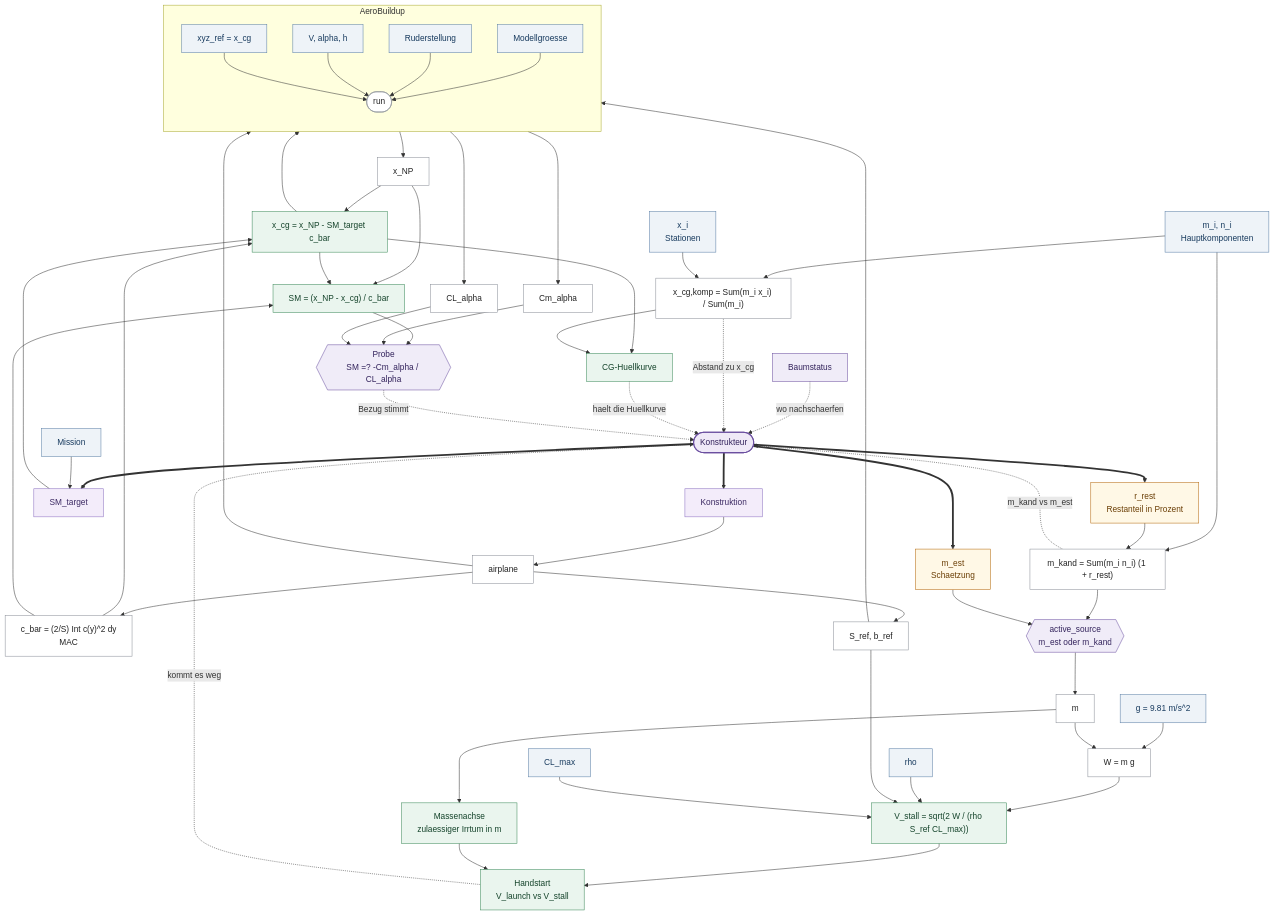
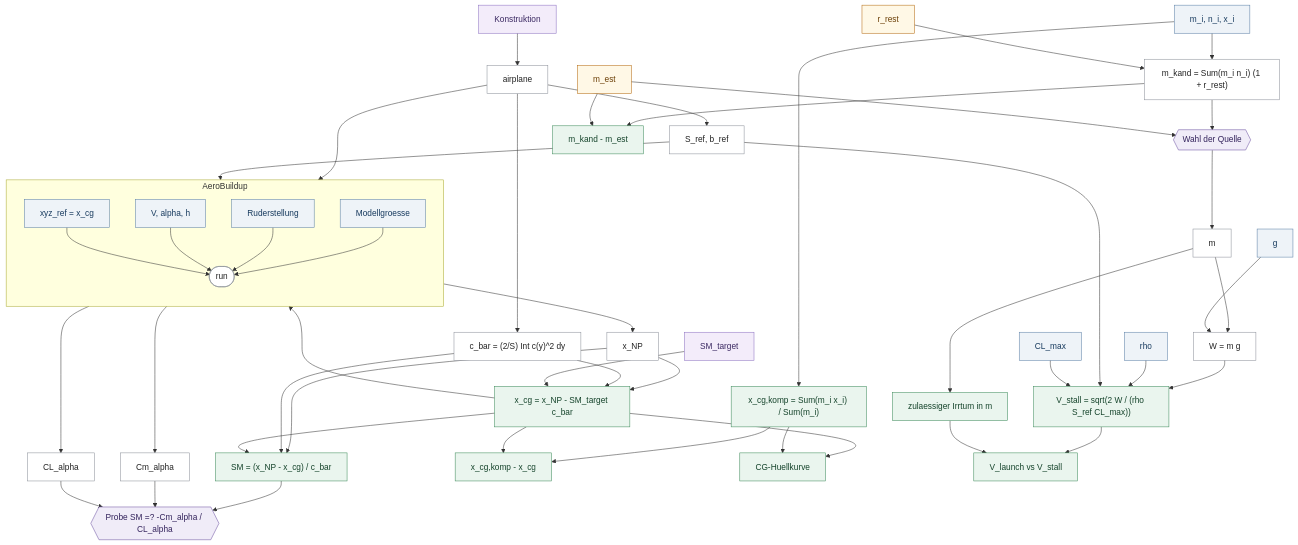
One commit to szymansk/da3Dalus changed the second of 2 diagrams in _reversa_sdd/calculations/canon/PFAD3.md. Above: the diagram before and after it, drawn with Mermaid. The commit also changed other lines of this file and 1 other file, not shown here.

Commit message:
docs(spec): the graph shows computation paths, not decision procedures
The maintainer's boundary, and it simplifies the drawing considerably. A
decision point belongs in the graph — which mass source is active decides
every number after it. How the decision is reached does not: the tree's
green/red status is a different level and would make the graph
unreadable without answering the question it exists for.

What must stay are the values the decision rests on, and those are
computation results in their own right: m_kand - m_est, x_cg,komp - x_cg,
the envelope, launch speed against stall speed, the route check. Four
outputs, drawn as outputs. The path from there to the decision is
deliberately outside the picture.

Dropped with it: the designer node, the tree status and all six feedback
edges.

Claude-Session: https://claude.ai/code/session_01Mi6hrNvR7cmwACXYAoStnv

````diff
--- a/_reversa_sdd/calculations/canon/PFAD3.md
+++ b/_reversa_sdd/calculations/canon/PFAD3.md
@@ -424,6 +424,5 @@
 ```mermaid
 flowchart TD
-  classDef des fill:#efe9f7,stroke:#6b4fa0,stroke-width:2px,color:#33235c
   classDef choice fill:#f3ecfa,stroke:#8a6fc0,color:#3c2a63
   classDef est fill:#fff8e6,stroke:#b4690e,color:#6b3f06
   classDef drv fill:#ffffff,stroke:#8a8f98,color:#222
@@ -431,24 +430,22 @@
   classDef out fill:#eaf5ee,stroke:#3d8a5a,color:#14432a
   classDef chk fill:#f0ecf8,stroke:#6b4fa0,color:#33235c
 
-  DES(["Konstrukteur"]):::des
-  MISS["Mission"]:::inp
-
   KONSTR["Konstruktion"]:::choice
   GEO["airplane"]:::drv
-  MAC["c_bar = (2/S) Int c(y)^2 dy<br/>MAC"]:::drv
+  MAC["c_bar = (2/S) Int c(y)^2 dy"]:::drv
   SREF["S_ref, b_ref"]:::drv
 
   SMT["SM_target"]:::choice
-  ESTM["m_est<br/>Schaetzung"]:::est
-  REST["r_rest<br/>Restanteil in Prozent"]:::est
-  KOMP["m_i, n_i<br/>Hauptkomponenten"]:::inp
-  STAT["Baumstatus"]:::chk
+  CLMAX["CL_max"]:::inp
+  RHO["rho"]:::inp
+  GRAV["g"]:::inp
 
+  KOMP["m_i, n_i, x_i"]:::inp
+  REST["r_rest"]:::est
   MSUM["m_kand = Sum(m_i n_i) (1 + r_rest)"]:::drv
-  SWM{{"active_source<br/>m_est oder m_kand"}}:::chk
+  MEST["m_est"]:::est
+  SWM{{"Wahl der Quelle"}}:::chk
   MEFF["m"]:::drv
-  GRAV["g = 9.81 m/s^2"]:::inp
   W["W = m g"]:::drv
 
   subgraph SOLVER["AeroBuildup"]
@@ -463,30 +460,21 @@
     CTRL --> RUN
     FID --> RUN
   end
-
   XNP["x_NP"]:::drv
   CMA["Cm_alpha"]:::drv
   CLA["CL_alpha"]:::drv
 
   CGD["x_cg = x_NP - SM_target c_bar"]:::out
   SM["SM = (x_NP - x_cg) / c_bar"]:::out
-  RT{{"Probe<br/>SM =? -Cm_alpha / CL_alpha"}}:::chk
-
-  XI["x_i<br/>Stationen"]:::inp
-  CGK["x_cg,komp = Sum(m_i x_i) / Sum(m_i)"]:::drv
+  RT{{"Probe SM =? -Cm_alpha / CL_alpha"}}:::chk
+  CGK["x_cg,komp = Sum(m_i x_i) / Sum(m_i)"]:::out
+  DIVM["m_kand - m_est"]:::out
+  DIVC["x_cg,komp - x_cg"]:::out
 
   VS["V_stall = sqrt(2 W / (rho S_ref CL_max))"]:::out
-  CLMAX["CL_max"]:::inp
-  RHO["rho"]:::inp
   ENV["CG-Huellkurve"]:::out
-  MENV["Massenachse<br/>zulaessiger Irrtum in m"]:::out
-  HAND["Handstart<br/>V_launch vs V_stall"]:::out
-
-  DES ==> KONSTR
-  DES ==> ESTM
-  DES ==> REST
-  DES ==> SMT
-  MISS --> SMT
+  MENV["zulaessiger Irrtum in m"]:::out
+  HAND["V_launch vs V_stall"]:::out
 
   KONSTR --> GEO
   GEO --> MAC
@@ -497,10 +485,13 @@
   KOMP --> MSUM
   REST --> MSUM
   MSUM --> SWM
-  ESTM --> SWM
+  MEST --> SWM
   SWM --> MEFF
+  MEFF --> W
   GRAV --> W
-  MEFF --> W
+
+  MSUM --> DIVM
+  MEST --> DIVM
 
   RUN --> XNP
   RUN --> CMA
@@ -519,22 +510,17 @@
   CLA --> RT
 
   KOMP --> CGK
-  XI --> CGK
+  CGK --> DIVC
+  CGD --> DIVC
 
   W --> VS
   RHO --> VS
   SREF --> VS
   CLMAX --> VS
   VS --> HAND
-  MEFF --> MENV --> HAND
+  MEFF --> MENV
+  MENV --> HAND
 
   CGD --> ENV
   CGK --> ENV
-
-  STAT -. "wo nachschaerfen" .-> DES
-  MSUM -. "m_kand vs m_est" .-> DES
-  CGK -. "Abstand zu x_cg" .-> DES
-  ENV -. "haelt die Huellkurve" .-> DES
-  HAND -. "kommt es weg" .-> DES
-  RT -. "Bezug stimmt" .-> DES
 ```
````
